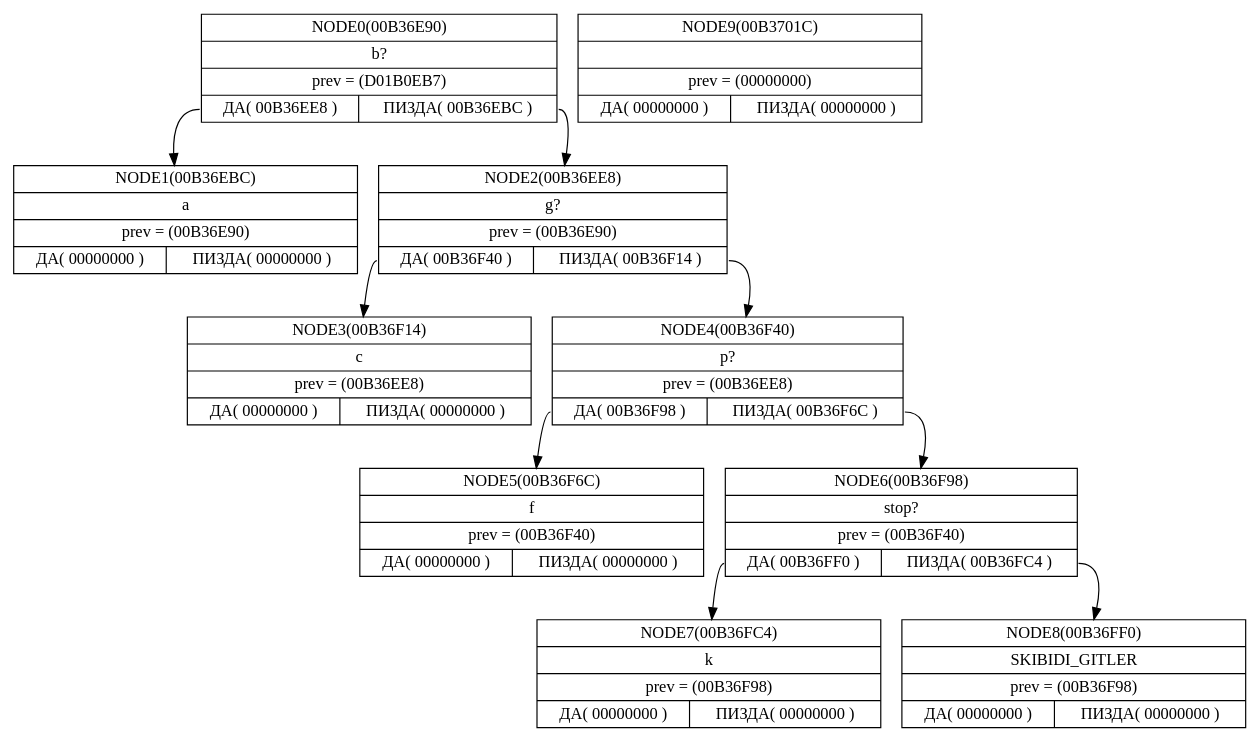
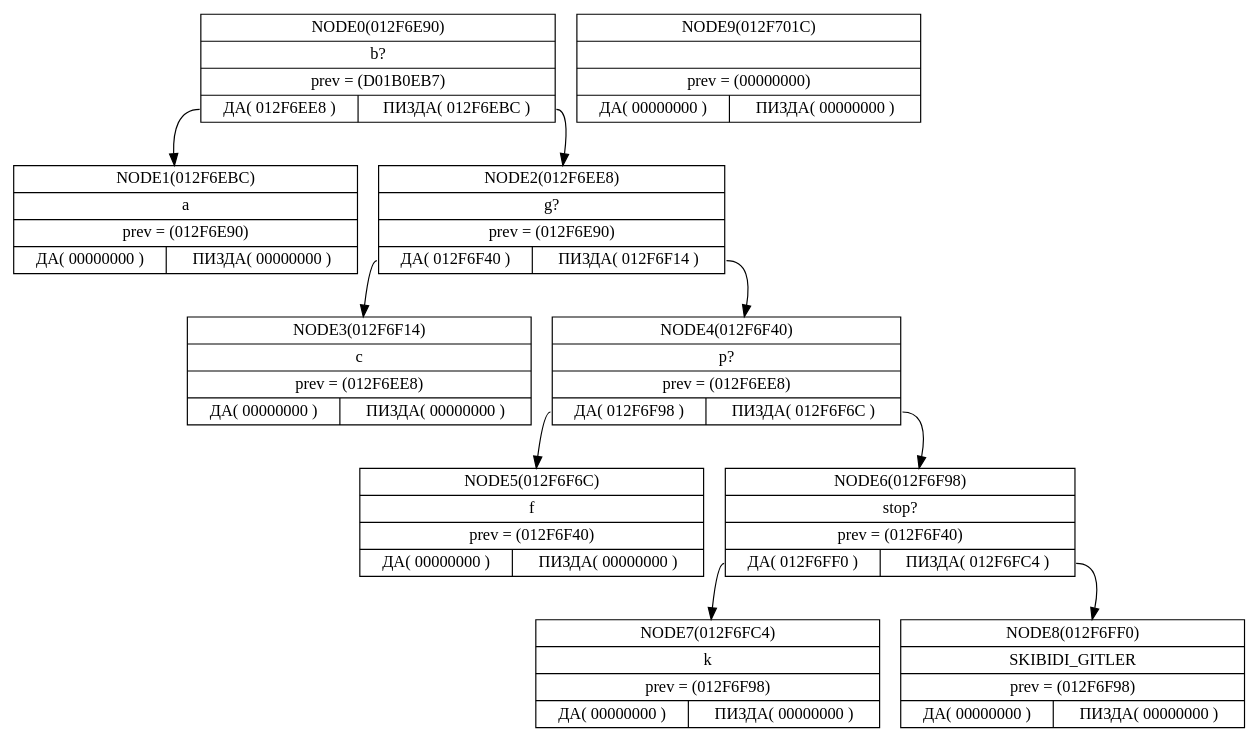
One commit to MalishTulen/DROCHINATOR changed the diagram in print.dot. Above: the diagram before and after it, drawn with Graphviz. The commit also changed 8 other files, not shown here.

```diff
--- a/print.dot
+++ b/print.dot
@@ -1,21 +1,21 @@
 digraph data{
 rankdir = TB;
-node00B36E90[ shape = record, label = " {<f0> NODE0(00B36E90) | <f1> b? | <f2> prev = (D01B0EB7) | { <f3> ДА ( 00B36EE8 ) | <f4> ПИЗДА ( 00B36EBC ) } } "];
-node00B36EBC[ shape = record, label = " {<f0> NODE1(00B36EBC) | <f1> a | <f2> prev = (00B36E90) | { <f3> ДА ( 00000000 ) | <f4> ПИЗДА ( 00000000 ) } } "];
-node00B36EE8[ shape = record, label = " {<f0> NODE2(00B36EE8) | <f1> g? | <f2> prev = (00B36E90) | { <f3> ДА ( 00B36F40 ) | <f4> ПИЗДА ( 00B36F14 ) } } "];
-node00B36F14[ shape = record, label = " {<f0> NODE3(00B36F14) | <f1> c | <f2> prev = (00B36EE8) | { <f3> ДА ( 00000000 ) | <f4> ПИЗДА ( 00000000 ) } } "];
-node00B36F40[ shape = record, label = " {<f0> NODE4(00B36F40) | <f1> p? | <f2> prev = (00B36EE8) | { <f3> ДА ( 00B36F98 ) | <f4> ПИЗДА ( 00B36F6C ) } } "];
-node00B36F6C[ shape = record, label = " {<f0> NODE5(00B36F6C) | <f1> f | <f2> prev = (00B36F40) | { <f3> ДА ( 00000000 ) | <f4> ПИЗДА ( 00000000 ) } } "];
-node00B36F98[ shape = record, label = " {<f0> NODE6(00B36F98) | <f1> stop? | <f2> prev = (00B36F40) | { <f3> ДА ( 00B36FF0 ) | <f4> ПИЗДА ( 00B36FC4 ) } } "];
-node00B36FC4[ shape = record, label = " {<f0> NODE7(00B36FC4) | <f1> k | <f2> prev = (00B36F98) | { <f3> ДА ( 00000000 ) | <f4> ПИЗДА ( 00000000 ) } } "];
-node00B36FF0[ shape = record, label = " {<f0> NODE8(00B36FF0) | <f1> SKIBIDI_GITLER | <f2> prev = (00B36F98) | { <f3> ДА ( 00000000 ) | <f4> ПИЗДА ( 00000000 ) } } "];
-node00B3701C[ shape = record, label = " {<f0> NODE9(00B3701C) | <f1>  | <f2> prev = (00000000) | { <f3> ДА ( 00000000 ) | <f4> ПИЗДА ( 00000000 ) } } "];
-node00B36E90:<f3>->node00B36EBC
-node00B36E90:<f4>->node00B36EE8
-node00B36EE8:<f3>->node00B36F14
-node00B36EE8:<f4>->node00B36F40
-node00B36F40:<f3>->node00B36F6C
-node00B36F40:<f4>->node00B36F98
-node00B36F98:<f3>->node00B36FC4
-node00B36F98:<f4>->node00B36FF0
+node012F6E90[ shape = record, label = " {<f0> NODE0(012F6E90) | <f1> b? | <f2> prev = (D01B0EB7) | { <f3> ДА ( 012F6EE8 ) | <f4> ПИЗДА ( 012F6EBC ) } } "];
+node012F6EBC[ shape = record, label = " {<f0> NODE1(012F6EBC) | <f1> a | <f2> prev = (012F6E90) | { <f3> ДА ( 00000000 ) | <f4> ПИЗДА ( 00000000 ) } } "];
+node012F6EE8[ shape = record, label = " {<f0> NODE2(012F6EE8) | <f1> g? | <f2> prev = (012F6E90) | { <f3> ДА ( 012F6F40 ) | <f4> ПИЗДА ( 012F6F14 ) } } "];
+node012F6F14[ shape = record, label = " {<f0> NODE3(012F6F14) | <f1> c | <f2> prev = (012F6EE8) | { <f3> ДА ( 00000000 ) | <f4> ПИЗДА ( 00000000 ) } } "];
+node012F6F40[ shape = record, label = " {<f0> NODE4(012F6F40) | <f1> p? | <f2> prev = (012F6EE8) | { <f3> ДА ( 012F6F98 ) | <f4> ПИЗДА ( 012F6F6C ) } } "];
+node012F6F6C[ shape = record, label = " {<f0> NODE5(012F6F6C) | <f1> f | <f2> prev = (012F6F40) | { <f3> ДА ( 00000000 ) | <f4> ПИЗДА ( 00000000 ) } } "];
+node012F6F98[ shape = record, label = " {<f0> NODE6(012F6F98) | <f1> stop? | <f2> prev = (012F6F40) | { <f3> ДА ( 012F6FF0 ) | <f4> ПИЗДА ( 012F6FC4 ) } } "];
+node012F6FC4[ shape = record, label = " {<f0> NODE7(012F6FC4) | <f1> k | <f2> prev = (012F6F98) | { <f3> ДА ( 00000000 ) | <f4> ПИЗДА ( 00000000 ) } } "];
+node012F6FF0[ shape = record, label = " {<f0> NODE8(012F6FF0) | <f1> SKIBIDI_GITLER | <f2> prev = (012F6F98) | { <f3> ДА ( 00000000 ) | <f4> ПИЗДА ( 00000000 ) } } "];
+node012F701C[ shape = record, label = " {<f0> NODE9(012F701C) | <f1>  | <f2> prev = (00000000) | { <f3> ДА ( 00000000 ) | <f4> ПИЗДА ( 00000000 ) } } "];
+node012F6E90:<f3>->node012F6EBC
+node012F6E90:<f4>->node012F6EE8
+node012F6EE8:<f3>->node012F6F14
+node012F6EE8:<f4>->node012F6F40
+node012F6F40:<f3>->node012F6F6C
+node012F6F40:<f4>->node012F6F98
+node012F6F98:<f3>->node012F6FC4
+node012F6F98:<f4>->node012F6FF0
 }
```
